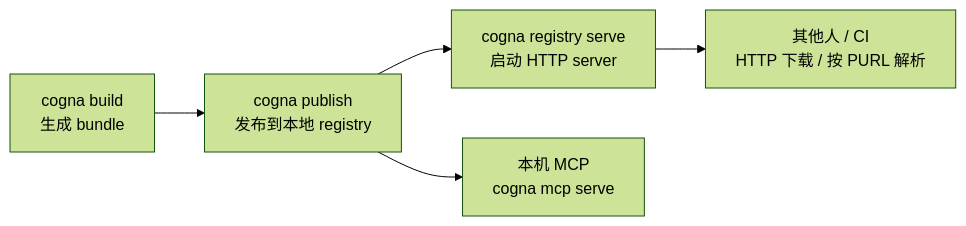
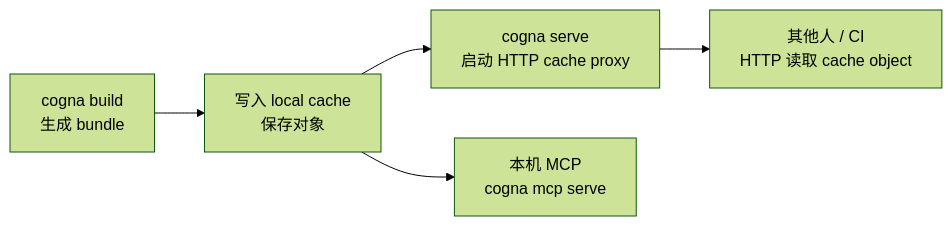
Before and after one commit to cogna-dev/cogna: the diagram in docs/src/content/docs/bundle-sharing.mdx, drawn with Mermaid (forest theme). The commit also changed other lines of this file and 121 other files, not shown here.

Commit message:
refactor: New architecture

````diff
--- a/docs/src/content/docs/bundle-sharing.mdx
+++ b/docs/src/content/docs/bundle-sharing.mdx
@@ -13,7 +13,7 @@
 ```mermaid
 flowchart LR
-    A["cogna build\n生成 bundle"] --> B["cogna publish\n发布到本地 registry"]
-    B --> C["cogna registry serve\n启动 HTTP server"]
-    C --> D["其他人 / CI\nHTTP 下载 / 按 PURL 解析"]
+    A["cogna build\n生成 bundle"] --> B["写入 local cache\n保存对象"]
+    B --> C["cogna serve\n启动 HTTP cache proxy"]
+    C --> D["其他人 / CI\nHTTP 读取 cache object"]
     B --> E["本机 MCP\ncogna mcp serve"]
 ```
````
